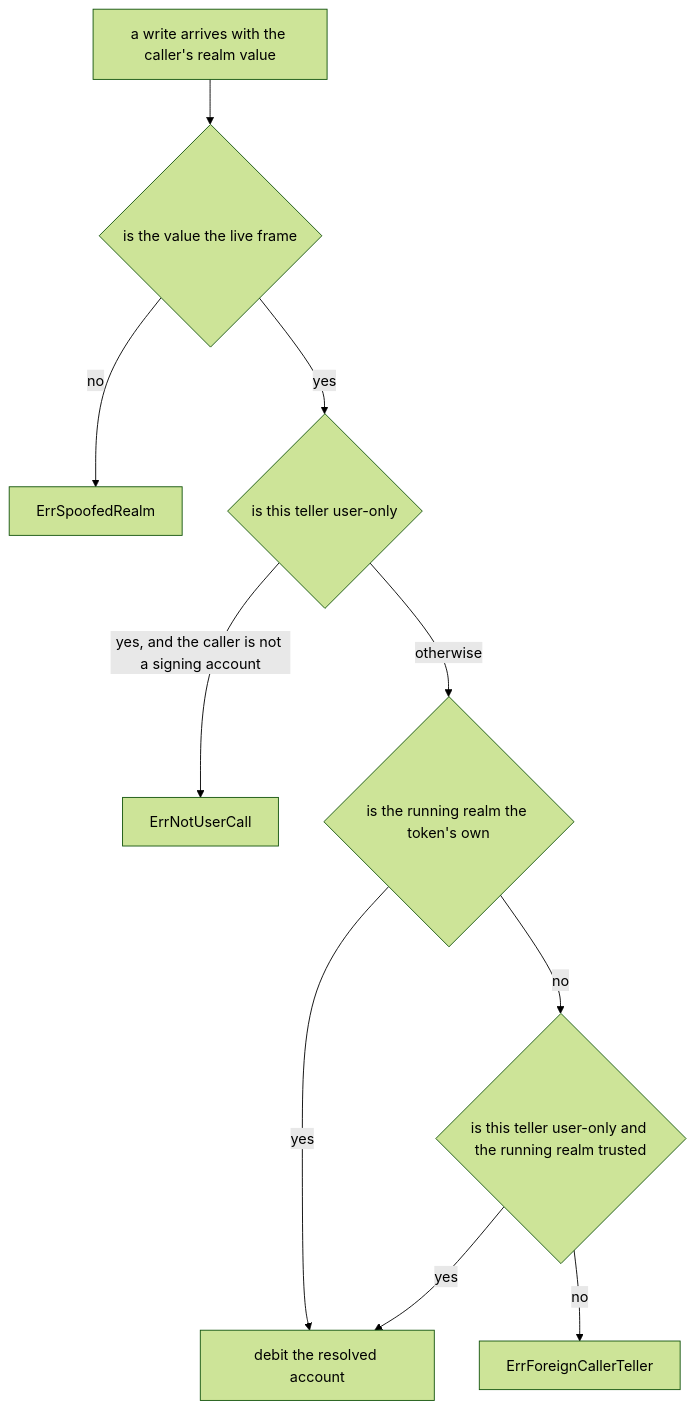
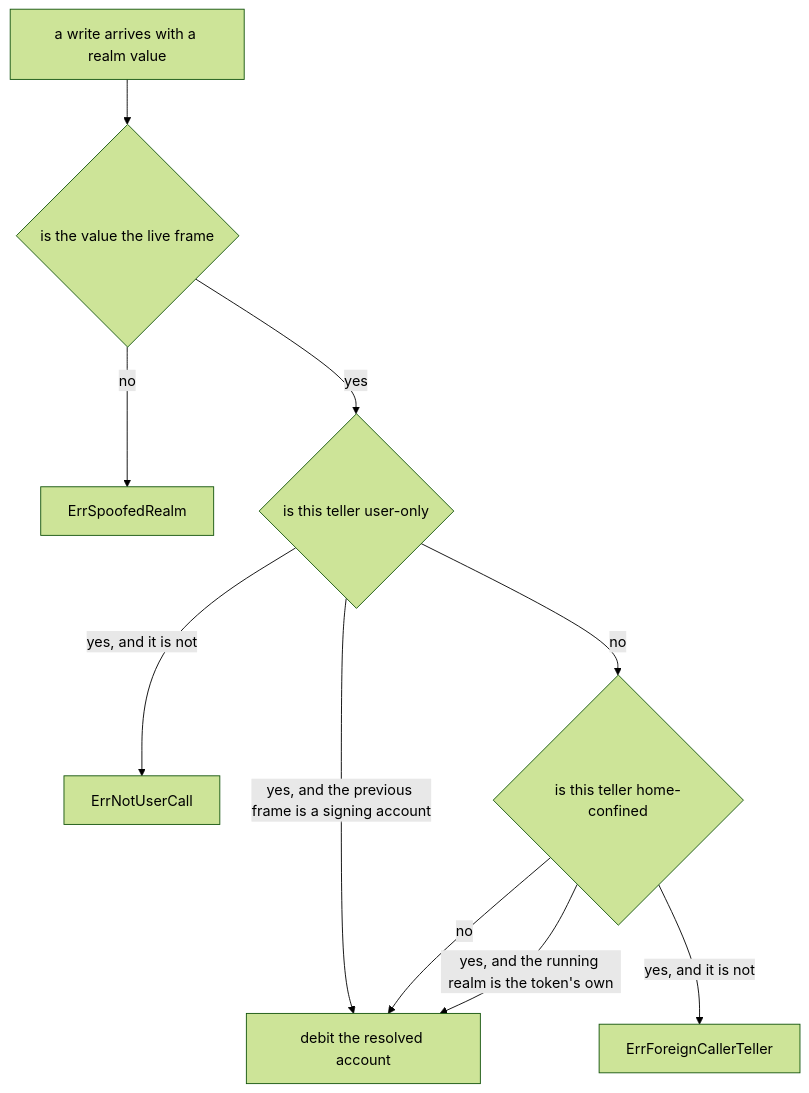
The diagram in reviews/pr/6xxx/6123-grc20-eoa-writes/overview.md (samouraiworld/gno-agent-workspace), drawn with Mermaid (forest theme) before and after one commit. The commit also changed other lines of this file and 48 other files, not shown here.

````diff
--- a/reviews/pr/6xxx/6123-grc20-eoa-writes/overview.md
+++ b/reviews/pr/6xxx/6123-grc20-eoa-writes/overview.md
@@ -58,12 +69,12 @@
 ```mermaid
 flowchart TD
-    A[a write arrives with the caller's realm value] --> B{is the value the live frame}
+    A[a write arrives with a realm value] --> B{is the value the live frame}
     B -->|no| X[ErrSpoofedRealm]
     B -->|yes| C{is this teller user-only}
-    C -->|yes, and the caller is not a signing account| Y[ErrNotUserCall]
-    C -->|otherwise| D{is the running realm the token's own}
-    D -->|yes| OK[debit the resolved account]
-    D -->|no| E{is this teller user-only and the running realm trusted}
-    E -->|yes| OK
-    E -->|no| Z[ErrForeignCallerTeller]
+    C -->|yes, and the previous frame is a signing account| OK[debit the resolved account]
+    C -->|yes, and it is not| Y[ErrNotUserCall]
+    C -->|no| D{is this teller home-confined}
+    D -->|no| OK
+    D -->|yes, and the running realm is the token's own| OK
+    D -->|yes, and it is not| Z[ErrForeignCallerTeller]
 ```
````
